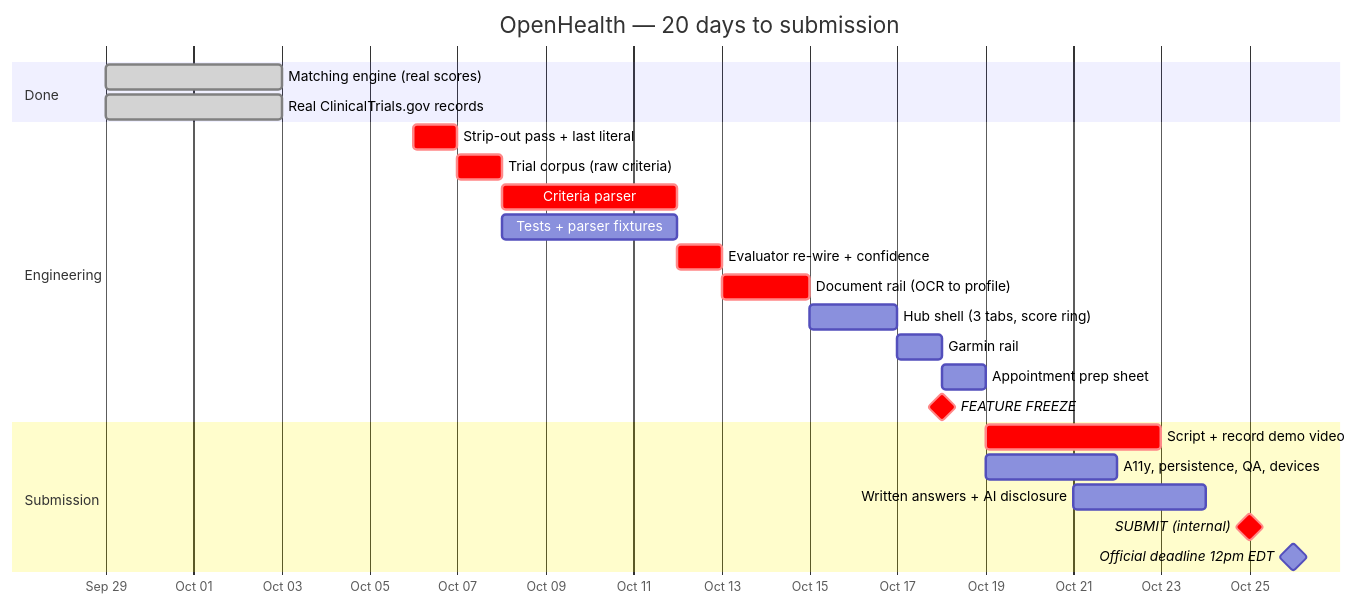
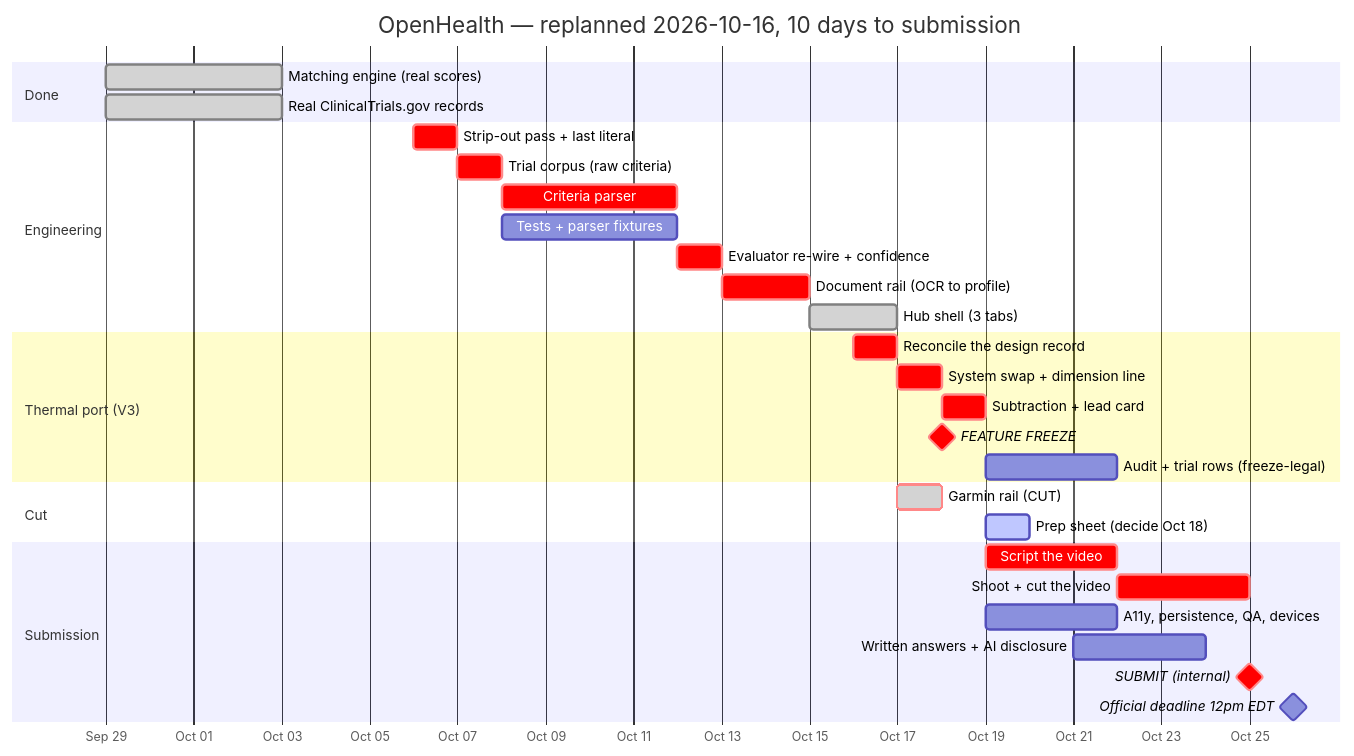
One commit to charlieramus/openhealth changed the diagram in docs/ROADMAP.md. Above: the diagram before and after it, drawn with Mermaid. The commit also changed other lines of this file and 12 other files, not shown here.

First line of the commit message:
design: commit the nine days of design work that were never tracked

````diff
--- a/docs/ROADMAP.md
+++ b/docs/ROADMAP.md
@@ -384,29 +469,38 @@
 ```mermaid
 gantt
-    title OpenHealth — 20 days to submission
+    title OpenHealth — replanned 2026-10-16, 10 days to submission
     dateFormat YYYY-MM-DD
     axisFormat %b %d
 
     section Done
     Matching engine (real scores)   :done, w1, 2026-09-29, 4d
     Real ClinicalTrials.gov records :done, w1b, 2026-09-29, 4d
 
     section Engineering
     Strip-out pass + last literal   :crit, s5, 2026-10-06, 1d
     Trial corpus (raw criteria)     :crit, s3, 2026-10-07, 1d
     Criteria parser                 :crit, s1, 2026-10-08, 4d
     Tests + parser fixtures         :s24, 2026-10-08, 4d
     Evaluator re-wire + confidence  :crit, s2, 2026-10-12, 1d
     Document rail (OCR to profile)  :crit, s4, 2026-10-13, 2d
-    Hub shell (3 tabs, score ring)  :s6, 2026-10-15, 2d
-    Garmin rail                     :s7, 2026-10-17, 1d
-    Appointment prep sheet          :s8, 2026-10-18, 1d
+    Hub shell (3 tabs)              :done, s6, 2026-10-15, 2d
+
+    section Thermal port (V3)
+    Reconcile the design record     :crit, v31, 2026-10-16, 1d
+    System swap + dimension line    :crit, v32, 2026-10-17, 1d
+    Subtraction + lead card         :crit, v34, 2026-10-18, 1d
     FEATURE FREEZE                  :milestone, crit, frz, 2026-10-18, 0d
+    Audit + trial rows (freeze-legal) :v36, 2026-10-19, 3d
+
+    section Cut
+    Garmin rail (CUT)               :crit, done, s7, 2026-10-17, 1d
+    Prep sheet (decide Oct 18)      :active, s8, 2026-10-19, 1d
 
     section Submission
-    Script + record demo video      :crit, vid, 2026-10-19, 4d
+    Script the video                :crit, vids, 2026-10-19, 3d
+    Shoot + cut the video           :crit, vid, 2026-10-22, 3d
     A11y, persistence, QA, devices  :post, 2026-10-19, 3d
     Written answers + AI disclosure :ans, 2026-10-21, 3d
     SUBMIT (internal)               :milestone, crit, sub, 2026-10-25, 0d
     Official deadline 12pm EDT      :milestone, dl, 2026-10-26, 0d
 ```
````
